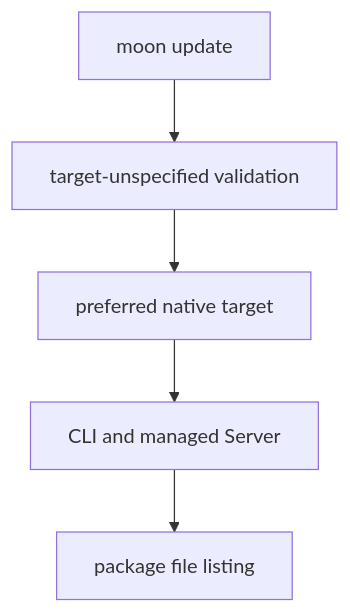
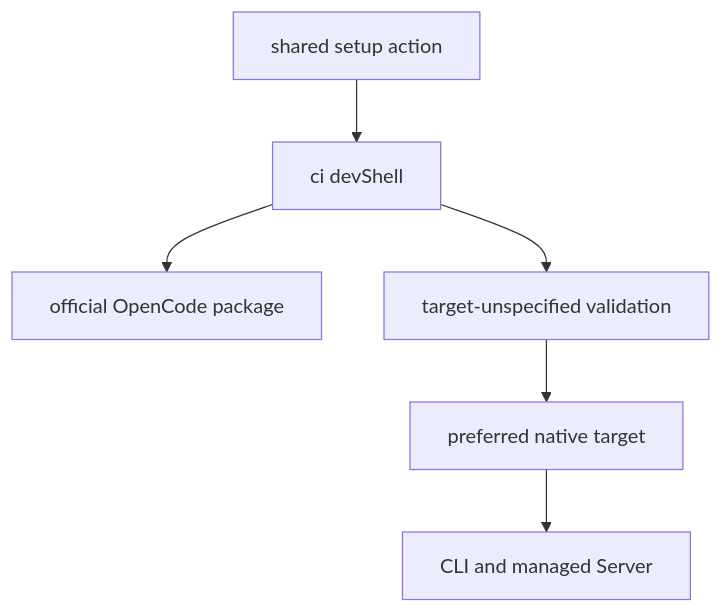
One commit to totto2727-org/opencode-sdk changed the second of 2 diagrams in README.mbt.md. Above: the diagram before and after it, drawn with Mermaid. The commit also changed other lines of this file and 3 other files, not shown here.

Commit message:
ci: add the OpenCode CI development shell

````diff
--- a/README.mbt.md
+++ b/README.mbt.md
@@ -83,7 +85,8 @@
 ```mermaid
 flowchart TD
-  A[moon update] --> B[target-unspecified validation]
-  B --> C[preferred native target]
-  C --> D[CLI and managed Server]
-  D --> E[package file listing]
+  A[shared setup action] --> B[ci devShell]
+  B --> C[official OpenCode package]
+  B --> D[target-unspecified validation]
+  D --> E[preferred native target]
+  E --> F[CLI and managed Server]
 ```
````
